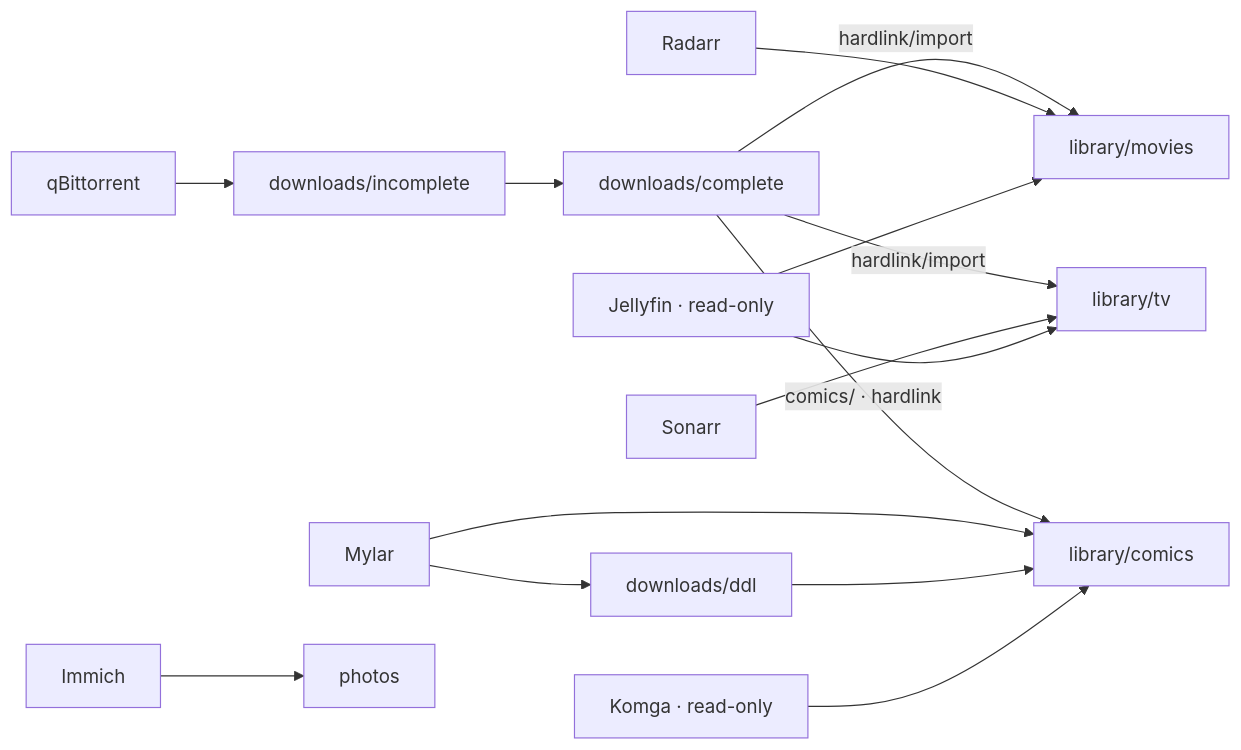
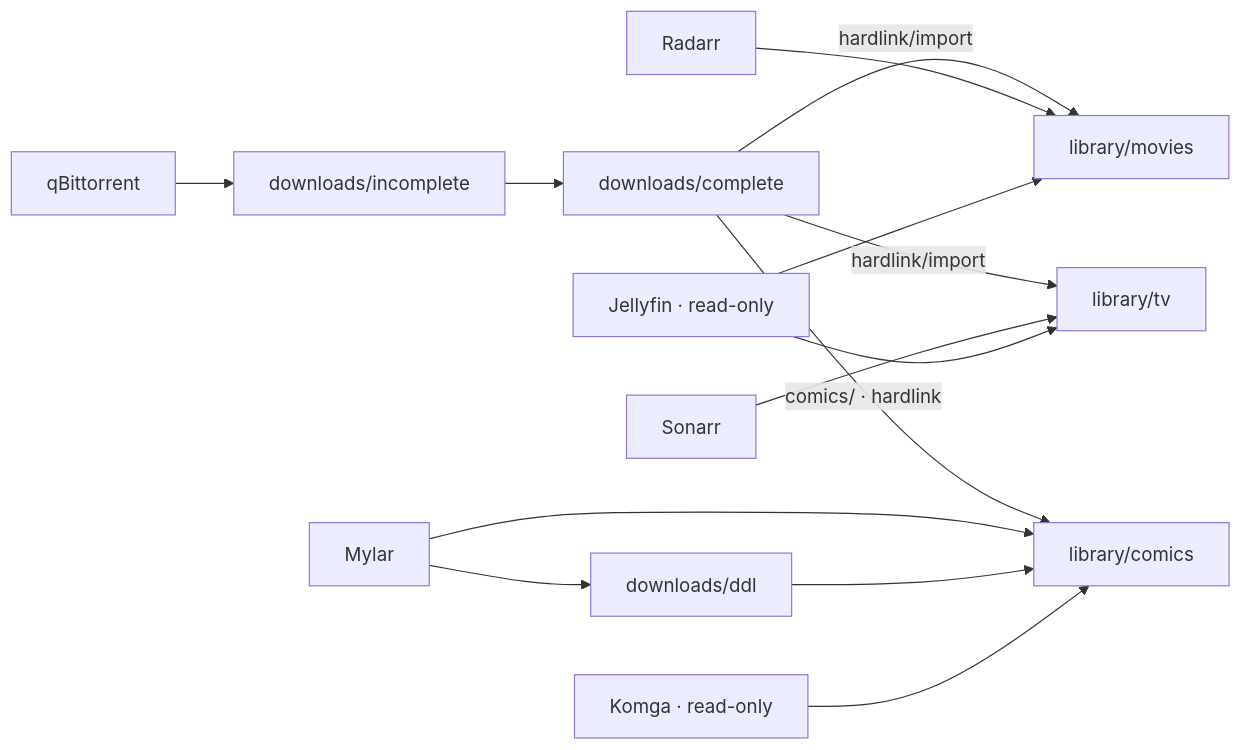
Before and after one commit to chevlpcmp-lab/HomeFalloutServer: the second of 2 diagrams in docs/storage.md, drawn with Mermaid. The commit also changed other lines of this file and 24 other files, not shown here.

````diff
--- a/docs/storage.md
+++ b/docs/storage.md
@@ -99,16 +93,15 @@
 ```mermaid
 flowchart LR
     qBit["qBittorrent"] --> Incomplete["downloads/incomplete"]
     Incomplete --> Complete["downloads/complete"]
     Complete -->|"hardlink/import"| Movies["library/movies"]
     Complete -->|"hardlink/import"| TV["library/tv"]
     Complete -->|"comics/ · hardlink"| Comics["library/comics"]
     Radarr["Radarr"] --> Movies
     Sonarr["Sonarr"] --> TV
     Mylar["Mylar"] --> Comics
     Mylar --> DDL["downloads/ddl"] --> Comics
     Jellyfin["Jellyfin · read-only"] --> Movies
     Jellyfin --> TV
     Komga["Komga · read-only"] --> Comics
-    Immich["Immich"] --> Photos["photos"]
 ```
````
